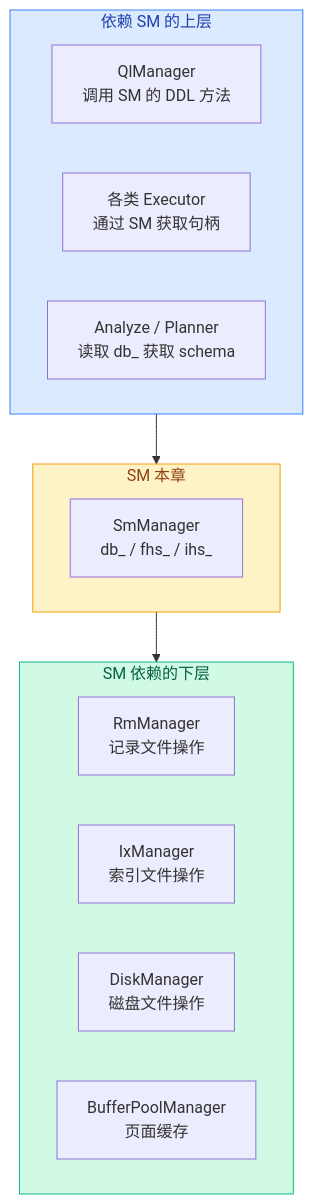
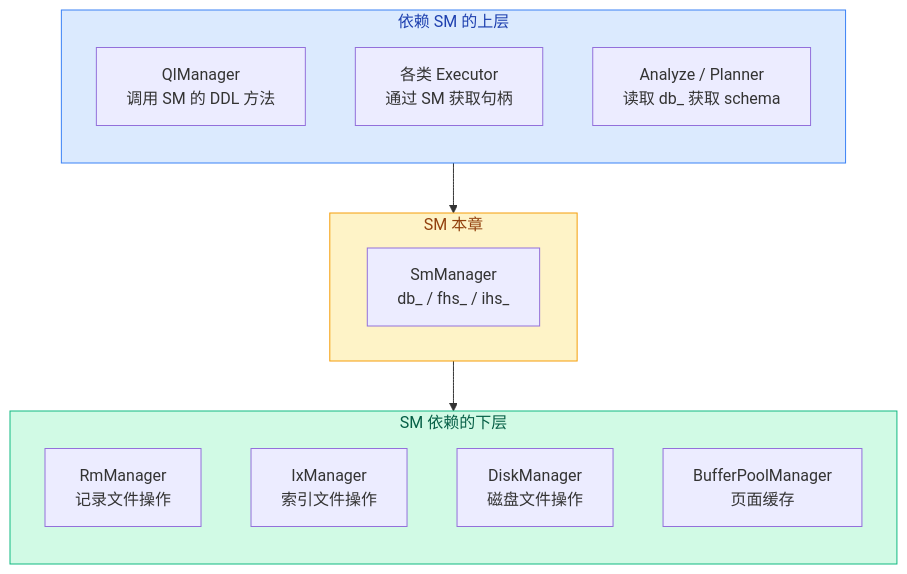
Before and after one commit to Dorian7Alden/RMDB-2024-Analyze: the second of 2 diagrams in my-analysis/04-system-layer/06-system-interaction.md, drawn with Mermaid. The commit also changed other lines of this file and 1 other file, not shown here.

First line of the commit message:
doc(system): 补充索引键偏移量说明，调整交互文档图表布局

````diff
--- a/my-analysis/04-system-layer/06-system-interaction.md
+++ b/my-analysis/04-system-layer/06-system-interaction.md
@@ -160,25 +162,27 @@
 ```mermaid
 flowchart TD
     subgraph upper["依赖 SM 的上层"]
+        direction TD
         style upper fill:#dbeafe,stroke:#3b82f6,color:#1e40af
         QL["QlManager<br/>调用 SM 的 DDL 方法"]
         EXEC["各类 Executor<br/>通过 SM 获取句柄"]
         AZ["Analyze / Planner<br/>读取 db_ 获取 schema"]
     end
 
     subgraph sm["SM 本章"]
         style sm fill:#fef3c7,stroke:#f59e0b,color:#92400e
         SMANAGER["SmManager<br/>db_ / fhs_ / ihs_"]
     end
 
     subgraph lower["SM 依赖的下层"]
+        direction TD
         style lower fill:#d1fae5,stroke:#10b981,color:#065f46
         RM["RmManager<br/>记录文件操作"]
         IX["IxManager<br/>索引文件操作"]
         DM["DiskManager<br/>磁盘文件操作"]
         BP["BufferPoolManager<br/>页面缓存"]
     end
 
     upper --> sm
     sm --> lower
 ```
````
